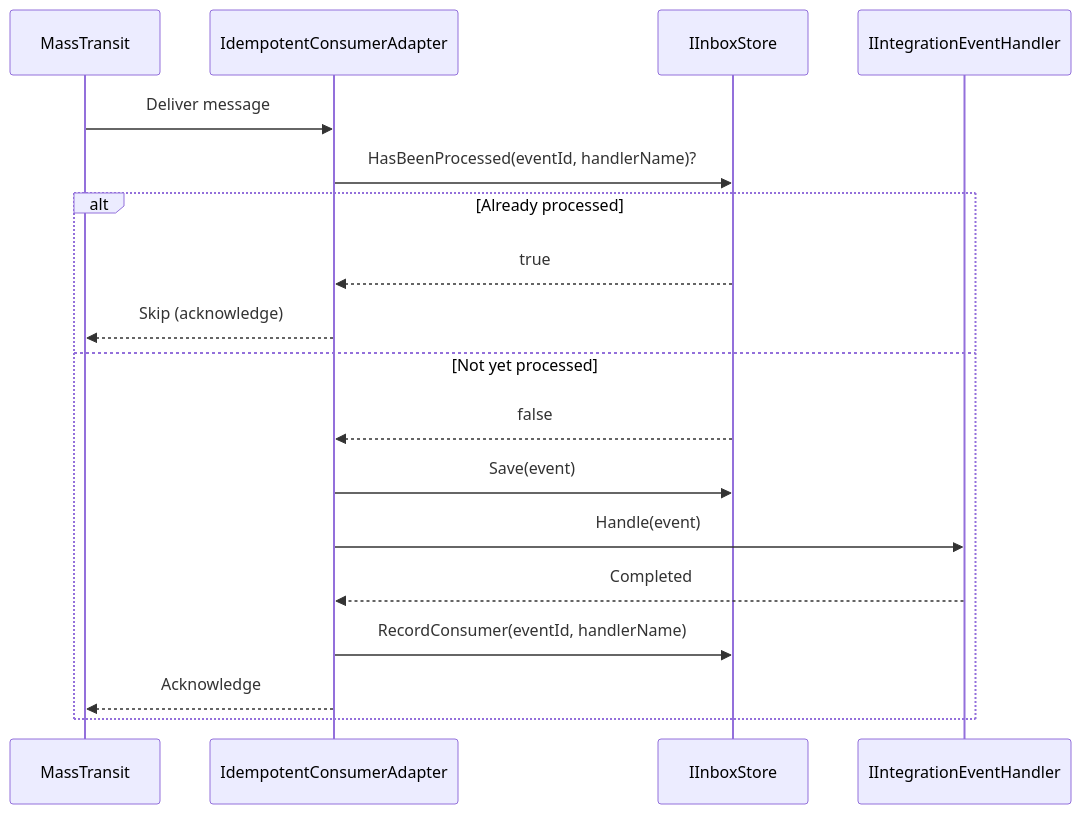
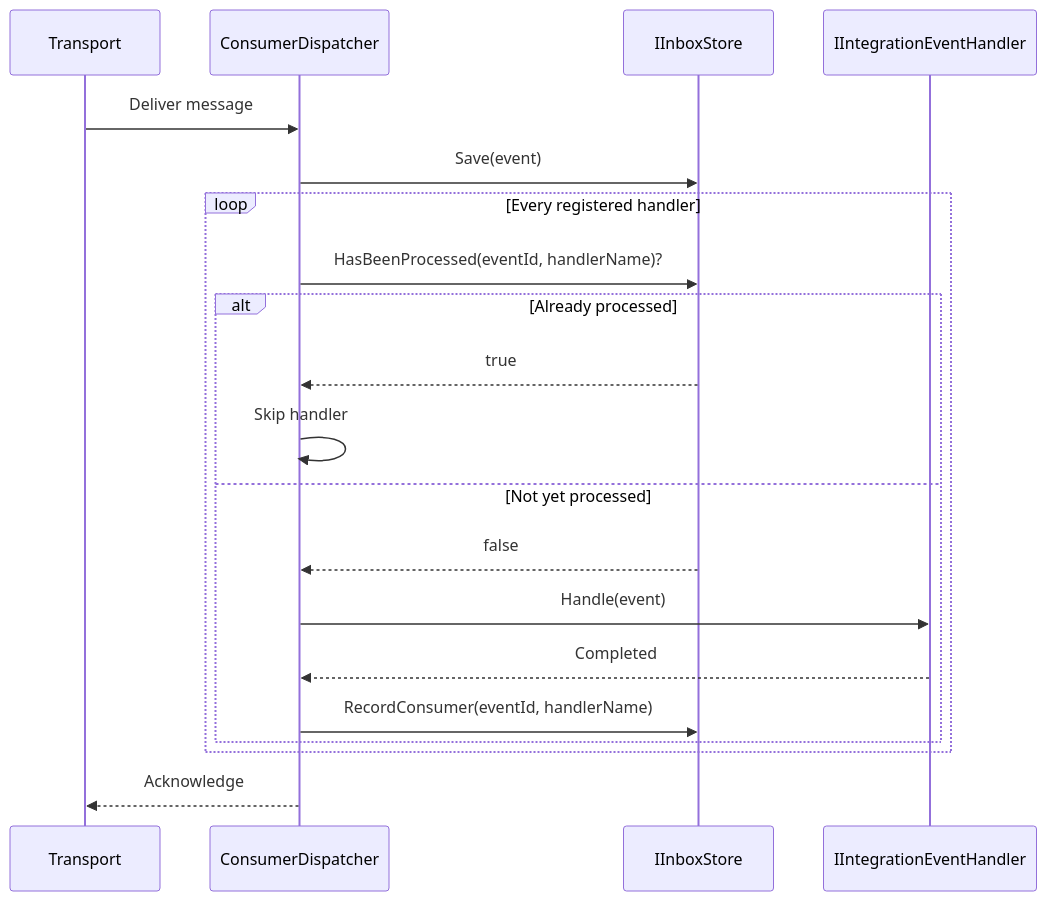
Before and after one commit to AdamWyatt34/Modulus: the first of 2 diagrams in docs/messaging/inbox-pattern.md, drawn with Mermaid. The commit also changed other lines of this file and 24 other files, not shown here.

First line of the commit message:
docs: sweep MassTransit references and add migration guide

````diff
--- a/docs/messaging/inbox-pattern.md
+++ b/docs/messaging/inbox-pattern.md
@@ -20,21 +20,23 @@
 ```mermaid
 sequenceDiagram
-    participant Bus as MassTransit
-    participant Adapter as IdempotentConsumerAdapter
+    participant Bus as Transport
+    participant Dispatcher as ConsumerDispatcher
     participant Inbox as IInboxStore
     participant Handler as IIntegrationEventHandler
 
-    Bus->>Adapter: Deliver message
-    Adapter->>Inbox: HasBeenProcessed(eventId, handlerName)?
-    alt Already processed
-        Inbox-->>Adapter: true
-        Adapter-->>Bus: Skip (acknowledge)
-    else Not yet processed
-        Inbox-->>Adapter: false
-        Adapter->>Inbox: Save(event)
-        Adapter->>Handler: Handle(event)
-        Handler-->>Adapter: Completed
-        Adapter->>Inbox: RecordConsumer(eventId, handlerName)
-        Adapter-->>Bus: Acknowledge
+    Bus->>Dispatcher: Deliver message
+    Dispatcher->>Inbox: Save(event)
+    loop Every registered handler
+        Dispatcher->>Inbox: HasBeenProcessed(eventId, handlerName)?
+        alt Already processed
+            Inbox-->>Dispatcher: true
+            Dispatcher->>Dispatcher: Skip handler
+        else Not yet processed
+            Inbox-->>Dispatcher: false
+            Dispatcher->>Handler: Handle(event)
+            Handler-->>Dispatcher: Completed
+            Dispatcher->>Inbox: RecordConsumer(eventId, handlerName)
+        end
     end
+    Dispatcher-->>Bus: Acknowledge
 ```
````
